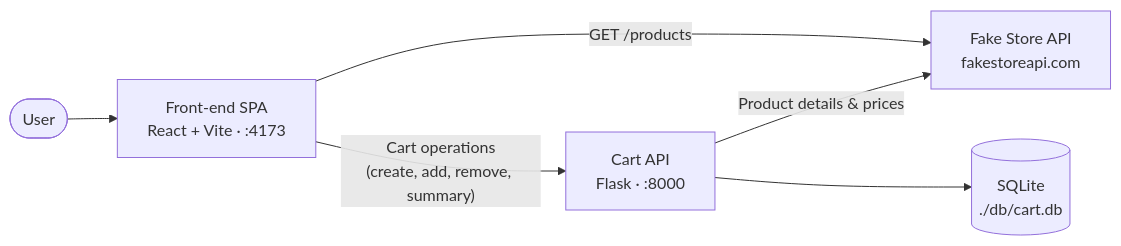
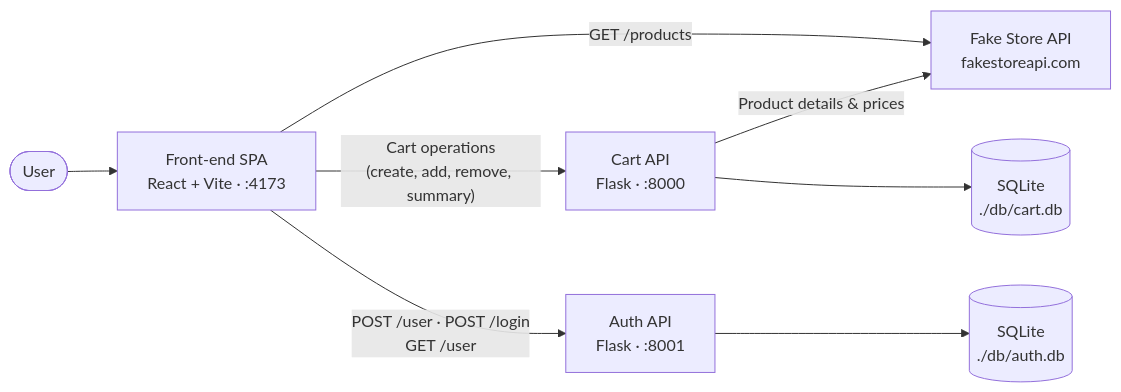
The diagram in README.md (ommeirelles/puc-arq-software-front), drawn with Mermaid before and after one commit. The commit also changed other lines of this file and 8 other files, not shown here.

````diff
--- a/README.md
+++ b/README.md
@@ -21,8 +23,10 @@
 ```mermaid
 flowchart LR
     User([User]) --> FE["Front-end SPA<br/>React + Vite · :4173"]
     FE -->|"GET /products"| FSA["Fake Store API<br/>fakestoreapi.com"]
     FE -->|"Cart operations<br/>(create, add, remove, summary)"| BE["Cart API<br/>Flask · :8000"]
+    FE -->|"POST /user · POST /login<br/>GET /user"| AUTH["Auth API<br/>Flask · :8001"]
     BE -->|"Product details & prices"| FSA
     BE --> DB[("SQLite<br/>./db/cart.db")]
+    AUTH --> AUTHDB[("SQLite<br/>./db/auth.db")]
 ```
````
